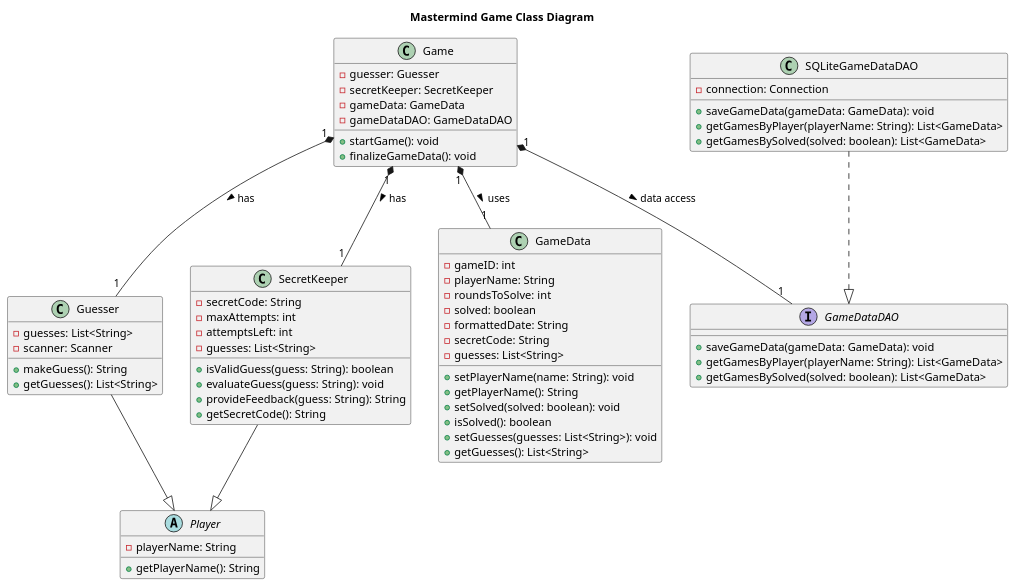
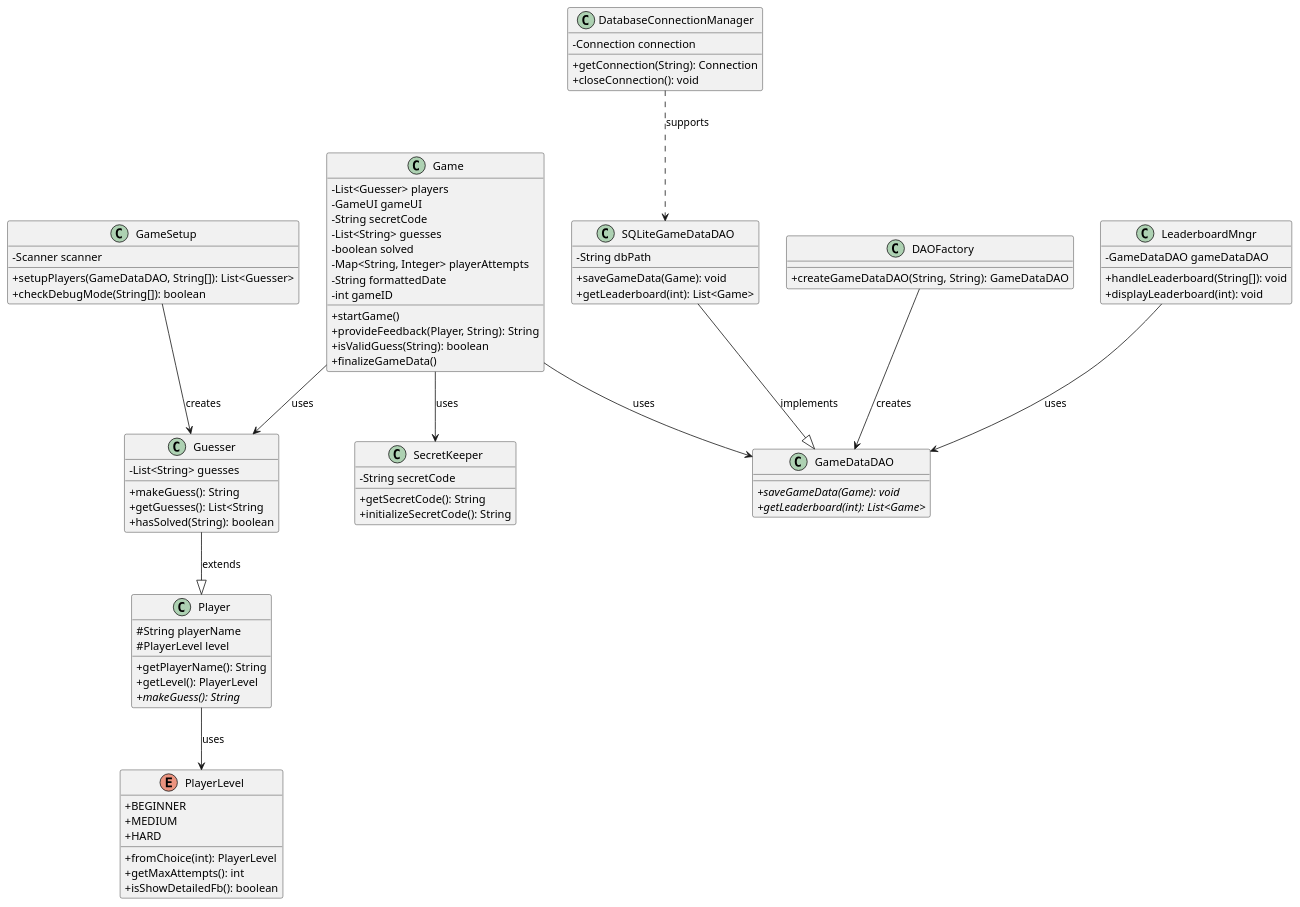
The diagram in UML/Mastermind.puml (aip956/Reach_Jan25), drawn with PlantUML before and after one commit. The commit also changed 1 other file, not shown here.

```diff
--- a/UML/Mastermind.puml
+++ b/UML/Mastermind.puml
@@ -1,79 +1,98 @@
 @startuml
-' Define a title for the diagram
-title Mastermind Game Class Diagram
+skinparam classAttributeIconSize 0
 
-' Define class Player with its attributes and methods
-abstract class Player {
-    - playerName: String
-    + getPlayerName(): String
+' Models
+class Game {
+    - List<Guesser> players
+    - GameUI gameUI
+    - String secretCode
+    - List<String> guesses
+    - boolean solved
+    - Map<String, Integer> playerAttempts
+    - String formattedDate
+    - int gameID
+    + startGame()
+    + provideFeedback(Player, String): String
+    + isValidGuess(String): boolean
+    + finalizeGameData()
 }
 
-' Define class Guesser that extends Player
-class Guesser {
-    - guesses: List<String>
-    - scanner: Scanner
-    + makeGuess(): String
-    + getGuesses(): List<String>
-}
-Guesser --|> Player
-
-' Define class SecretKeeper that extends Player
-class SecretKeeper {
-    - secretCode: String
-    - maxAttempts: int
-    - attemptsLeft: int
-    - guesses: List<String>
-    + isValidGuess(guess: String): boolean
-    + evaluateGuess(guess: String): void
-    + provideFeedback(guess: String): String
-    + getSecretCode(): String
-}
-SecretKeeper --|> Player
-
-' Define class GameData with its attributes and methods
-class GameData {
-    - gameID: int
-    - playerName: String
-    - roundsToSolve: int
-    - solved: boolean
-    - formattedDate: String
-    - secretCode: String
-    - guesses: List<String>
-    + setPlayerName(name: String): void
+class Player {
+    # String playerName
+    # PlayerLevel level
     + getPlayerName(): String
-    + setSolved(solved: boolean): void
-    + isSolved(): boolean
-    + setGuesses(guesses: List<String>): void
-    + getGuesses(): List<String>
+    + getLevel(): PlayerLevel
+    {abstract} + makeGuess(): String
 }
 
-' Define class Game with its relationships
-class Game {
-    - guesser: Guesser
-    - secretKeeper: SecretKeeper
-    - gameData: GameData
-    - gameDataDAO: GameDataDAO
-    + startGame(): void
-    + finalizeGameData(): void
+class Guesser {
+    - List<String> guesses
+    + makeGuess(): String
+    + getGuesses(): List<String
+    + hasSolved(String): boolean
 }
-Game "1" *-- "1" Guesser : has >
-Game "1" *-- "1" SecretKeeper : has >
-Game "1" *-- "1" GameData : uses >
-Game "1" *-- "1" GameDataDAO : data access >
 
-' Define the GameDataDAO interface and its implementation SQLiteGameDataDAO
-interface GameDataDAO {
-    + saveGameData(gameData: GameData): void
-    + getGamesByPlayer(playerName: String): List<GameData>
-    + getGamesBySolved(solved: boolean): List<GameData>
+enum PlayerLevel {
+    + BEGINNER
+    + MEDIUM
+    + HARD
+    + fromChoice(int): PlayerLevel
+    + getMaxAttempts(): int
+    + isShowDetailedFb(): boolean
+}
+
+class SecretKeeper {
+    - String secretCode
+    + getSecretCode(): String
+    + initializeSecretCode(): String
+}
+
+' DAO
+class GameDataDAO {
+    {abstract} + saveGameData(Game): void
+    {abstract} + getLeaderboard(int): List<Game>
 }
 
 class SQLiteGameDataDAO {
-    - connection: Connection
-    + saveGameData(gameData: GameData): void
-    + getGamesByPlayer(playerName: String): List<GameData>
-    + getGamesBySolved(solved: boolean): List<GameData>
+    - String dbPath
+    + saveGameData(Game): void
+    + getLeaderboard(int): List<Game>
 }
-SQLiteGameDataDAO ..|> GameDataDAO
+
+class DAOFactory {
+    + createGameDataDAO(String, String): GameDataDAO
+}
+
+' DB Connection
+class DatabaseConnectionManager {
+    - Connection connection
+    + getConnection(String): Connection
+    + closeConnection(): void
+}
+
+' Controllers
+class GameSetup {
+    - Scanner scanner
+    + setupPlayers(GameDataDAO, String[]): List<Guesser>
+    + checkDebugMode(String[]): boolean
+}
+
+class LeaderboardMngr {
+    - GameDataDAO gameDataDAO
+    + handleLeaderboard(String[]): void
+    + displayLeaderboard(int): void
+}
+
+' Relationships
+Game --> Guesser : uses
+Game --> SecretKeeper : uses
+Game --> GameDataDAO : uses
+Player --> PlayerLevel : uses
+Guesser --|> Player : extends
+SQLiteGameDataDAO --|> GameDataDAO : implements
+DAOFactory --> GameDataDAO : creates
+LeaderboardMngr --> GameDataDAO : uses
+GameSetup --> Guesser : creates
+DatabaseConnectionManager ..> SQLiteGameDataDAO : supports
 
 @enduml
```
